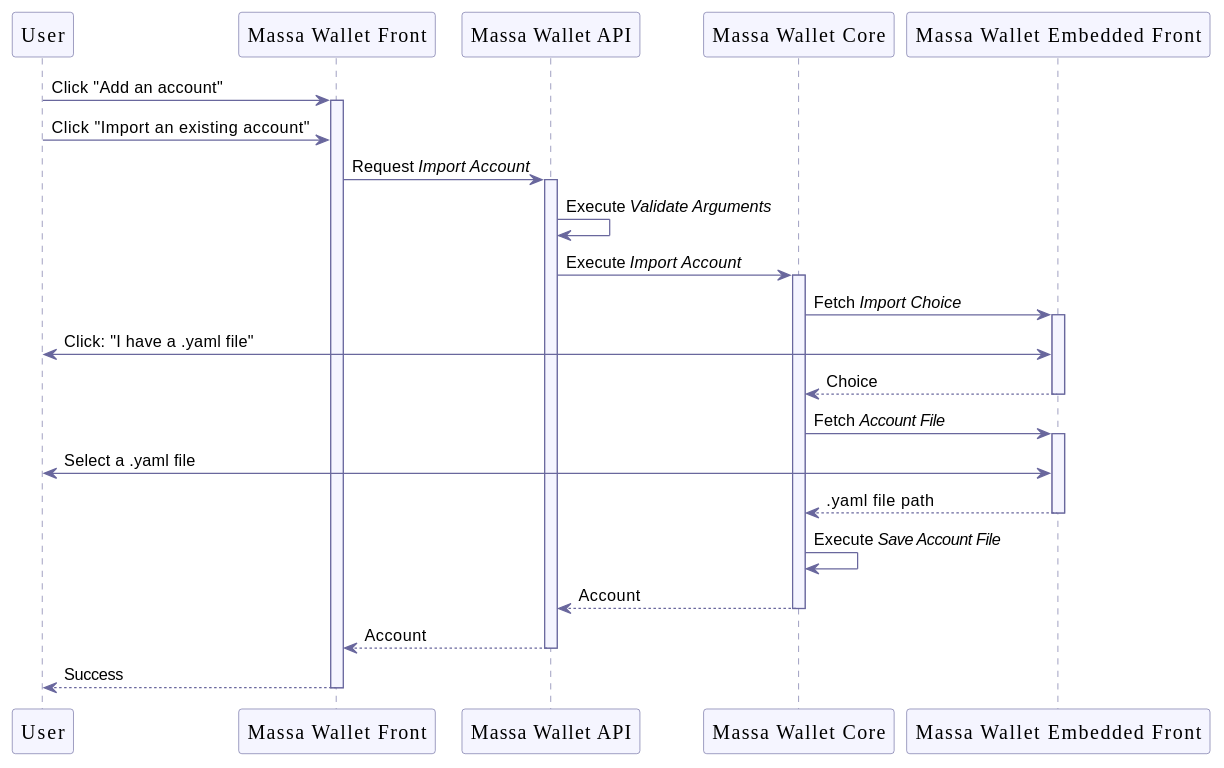
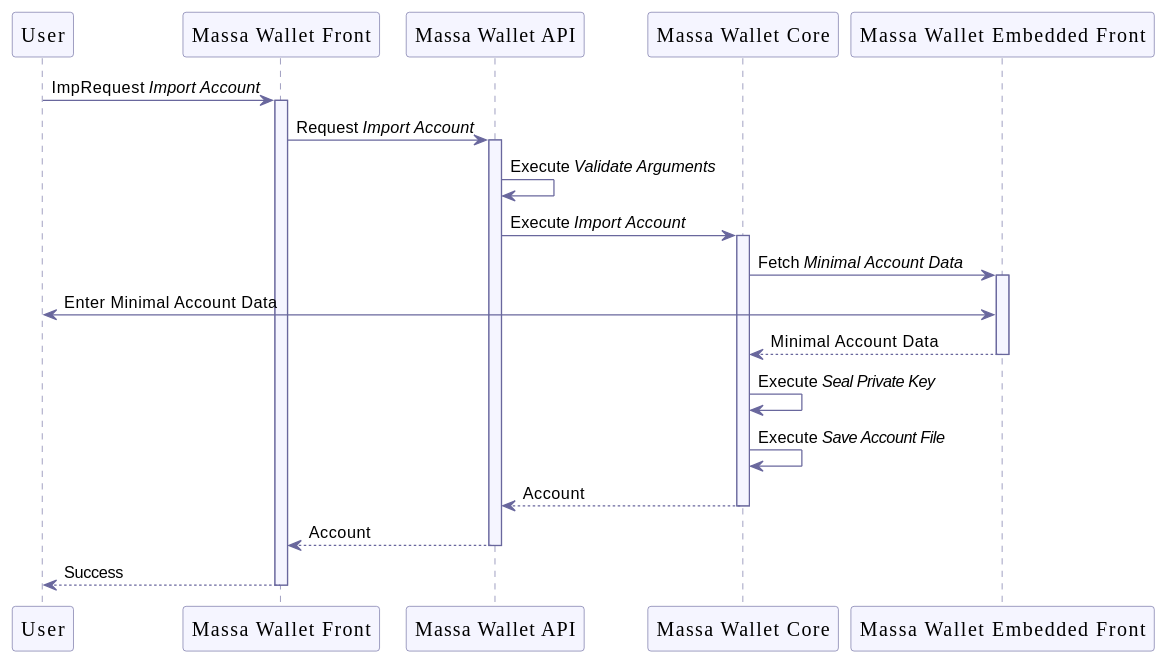
One commit to massalabs/station-massa-wallet changed the seventh of 9 diagrams in documentation/wallet.adoc. Above: the diagram before and after it, drawn with PlantUML. The commit also changed other lines of this file, not shown here.

Commit message:
simplify sequence diagram and add function

```diff
--- a/documentation/wallet.adoc
+++ b/documentation/wallet.adoc
@@ -510,42 +455,39 @@
-[plantuml, format="svg", id="import-file", width="100%", role="center-image", options="interactive"]
+[plantuml, format="svg", id="import-private-key", width="100%", role="center-image", options="interactive"]
 ----
 @startuml
 
 skinparam FontName Poppins
 
 skinparam sequence {
     ArrowColor #69679D
     LifeLineBorderColor #69679D
     LifeLineBackgroundColor #F5F5FF
 
     ParticipantBorderColor #69679D
     ParticipantBackgroundColor #F5F5FF
     ParticipantFontName Poppins
     ParticipantFontSize 16
     ParticipantFontColor #000000
 }
 
 
 participant "User" as user
 participant "Massa Wallet Front" as wallet_front
 participant "Massa Wallet API" as wallet_api
 participant "Massa Wallet Core" as wallet_core
 participant "Massa Wallet Embedded Front" as wallet_embedded_front
 
-user -> wallet_front ++ : Click "Add an account"
-user -> wallet_front : Click "Import an existing account"
+user -> wallet_front ++: ImpRequest //Import Account//
     wallet_front -> wallet_api ++: Request //Import Account//
     wallet_api -> wallet_api: Execute //Validate Arguments//
         wallet_api -> wallet_core ++: Execute //Import Account//
-            wallet_core -> wallet_embedded_front ++: Fetch //Import Choice//
-            wallet_embedded_front <-> user: Click: "I have a .yaml file"
-            return Choice
-            wallet_core -> wallet_embedded_front ++: Fetch //Account File//
-            wallet_embedded_front <-> user: Select a .yaml file
-            return .yaml file path
+            wallet_core -> wallet_embedded_front ++: Fetch //Minimal Account Data//
+            wallet_embedded_front <-> user: Enter Minimal Account Data
+            return Minimal Account Data
+        wallet_core -> wallet_core: Execute //Seal Private Key//
         wallet_core -> wallet_core: Execute //Save Account File//
         return Account
     return Account
 return Success
 @enduml
 ----
```
